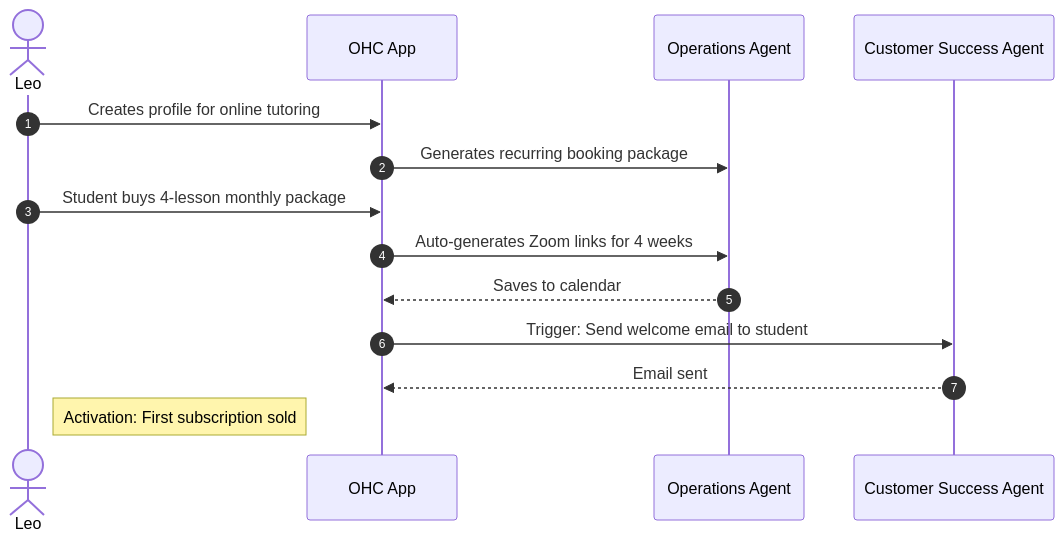
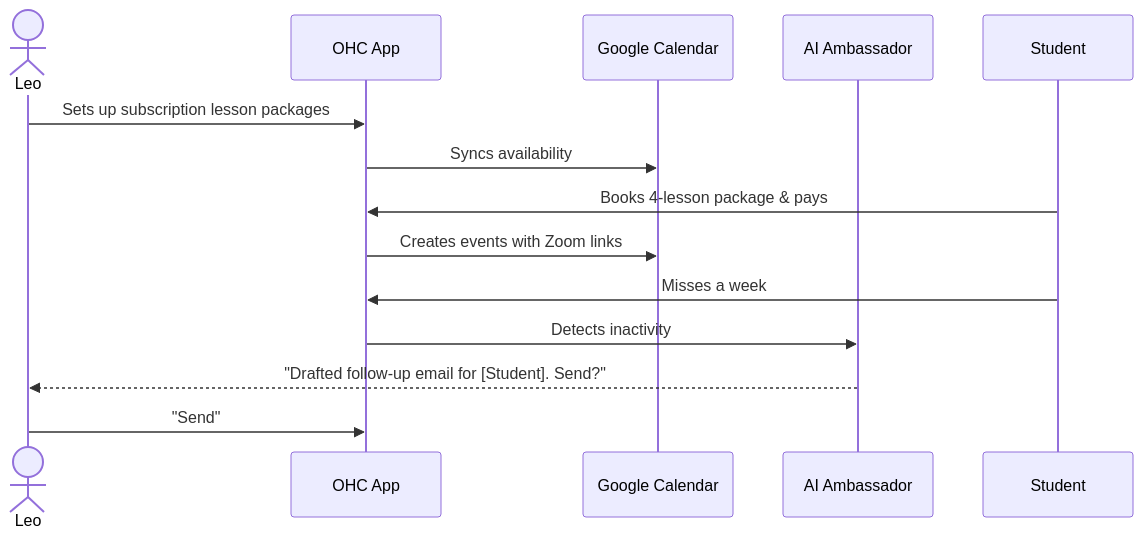
The fourth of 5 diagrams in docs/research/[architecture]_business_journey.md (omnisolo-llc/onehumancorp), drawn with Mermaid before and after one commit. The commit also changed other lines of this file and 195 other files, not shown here.

````diff
--- a/docs/research/[architecture]_business_journey.md
+++ b/docs/research/[architecture]_business_journey.md
@@ -114,17 +118,17 @@
 ```mermaid
 sequenceDiagram
-    autonumber
-    actor Leo as Leo
-    participant App as OHC App
-    participant Ops as Operations Agent
-    participant CS as Customer Success Agent
+    actor Leo
+    participant OHC as OHC App
+    participant Calendar as Google Calendar
+    participant AI as AI Ambassador
+    participant Student as Student
 
-    Leo->>App: Creates profile for online tutoring
-    App->>Ops: Generates recurring booking package
-    Leo->>App: Student buys 4-lesson monthly package
-    App->>Ops: Auto-generates Zoom links for 4 weeks
-    Ops-->>App: Saves to calendar
-    App->>CS: Trigger: Send welcome email to student
-    CS-->>App: Email sent
-    note right of Leo: Activation: First subscription sold
+    Leo->>OHC: Sets up subscription lesson packages
+    OHC->>Calendar: Syncs availability
+    Student->>OHC: Books 4-lesson package & pays
+    OHC->>Calendar: Creates events with Zoom links
+    Student->>OHC: Misses a week
+    OHC->>AI: Detects inactivity
+    AI-->>Leo: "Drafted follow-up email for [Student]. Send?"
+    Leo->>OHC: "Send"
 ```
````
